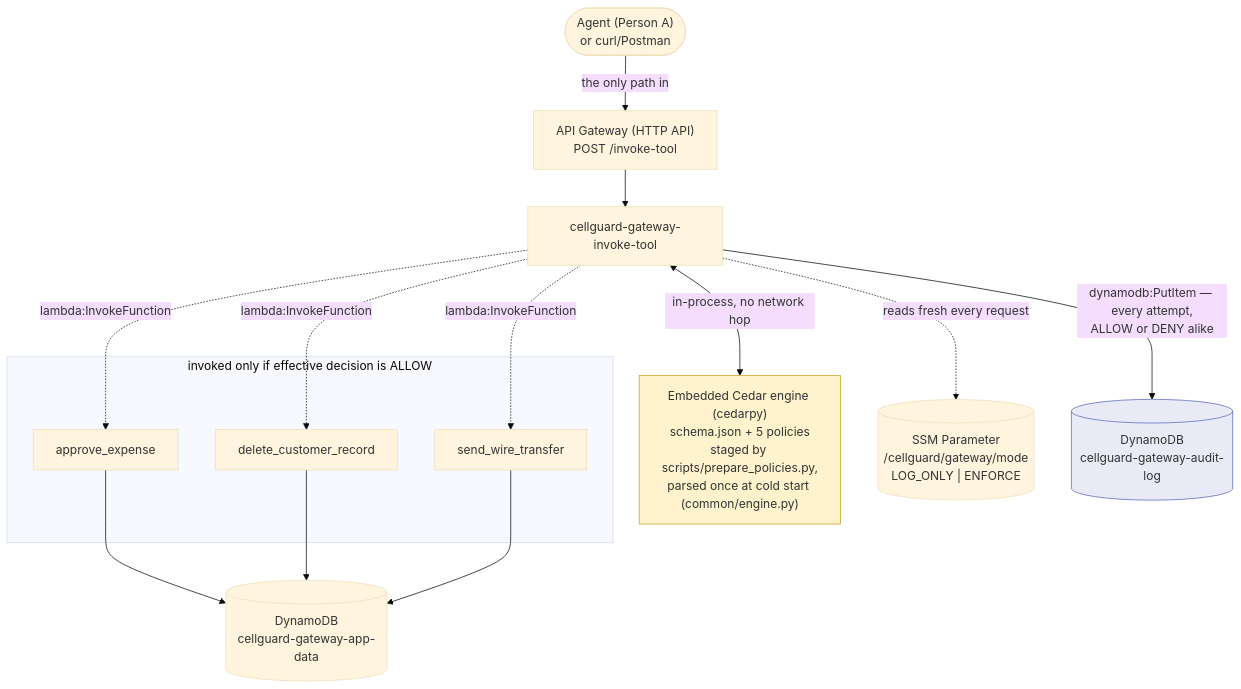
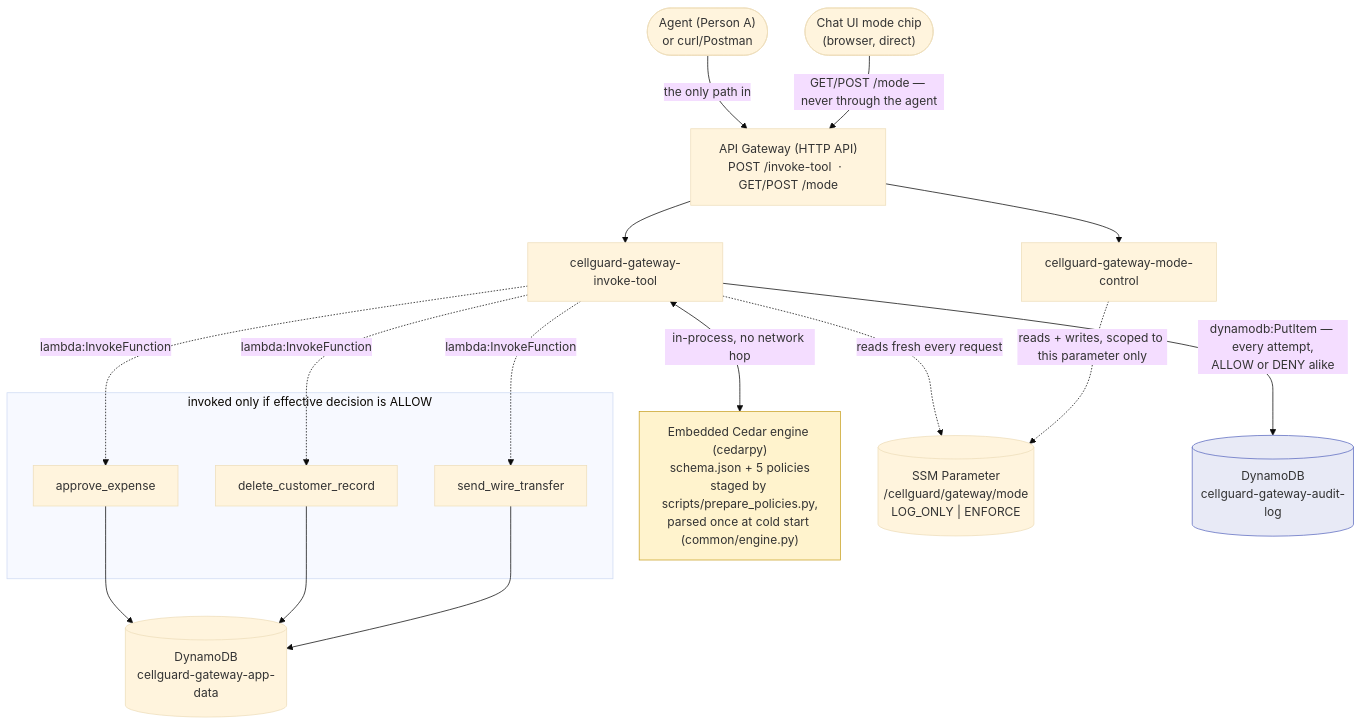
Before and after one commit to BugHunterX2101/cell-guard: the first of 3 diagrams in gateway-policy/README.md, drawn with Mermaid (base theme). The commit also changed other lines of this file and 10 other files, not shown here.

````diff
--- a/gateway-policy/README.md
+++ b/gateway-policy/README.md
@@ -21,31 +21,35 @@
 ```mermaid
 flowchart TB
     Caller(["Agent (Person A)<br/>or curl/Postman"])
-    APIGW["API Gateway (HTTP API)<br/>POST /invoke-tool"]
+    UIButton(["Chat UI mode chip<br/>(browser, direct)"])
+    APIGW["API Gateway (HTTP API)<br/>POST /invoke-tool  ·  GET/POST /mode"]
     GWFn["cellguard-gateway-invoke-tool"]
+    ModeFn["cellguard-gateway-mode-control"]
     Cedar["Embedded Cedar engine (cedarpy)<br/>schema.json + 5 policies<br/>staged by scripts/prepare_policies.py,<br/>parsed once at cold start (common/engine.py)"]
     Mode[("SSM Parameter<br/>/cellguard/gateway/mode<br/>LOG_ONLY | ENFORCE")]
 
     Caller -->|the only path in| APIGW --> GWFn
+    UIButton -->|"GET/POST /mode — never through the agent"| APIGW --> ModeFn
     GWFn <-->|"in-process, no network hop"| Cedar
     GWFn -.->|reads fresh every request| Mode
+    ModeFn -.->|reads + writes, scoped to this parameter only| Mode
 
     subgraph Tools["invoked only if effective decision is ALLOW"]
         T1["approve_expense"]
         T2["delete_customer_record"]
         T3["send_wire_transfer"]
     end
     GWFn -.->|lambda:InvokeFunction| T1
     GWFn -.->|lambda:InvokeFunction| T2
     GWFn -.->|lambda:InvokeFunction| T3
 
     AppData[("DynamoDB<br/>cellguard-gateway-app-data")]
     Audit[("DynamoDB<br/>cellguard-gateway-audit-log")]
     T1 --> AppData
     T2 --> AppData
     T3 --> AppData
     GWFn -->|"dynamodb:PutItem — every attempt,<br/>ALLOW or DENY alike"| Audit
 
     style Cedar fill:#fff3cd,stroke:#c9a227
     style Audit fill:#e8eaf6,stroke:#5c6bc0
 ```
````
